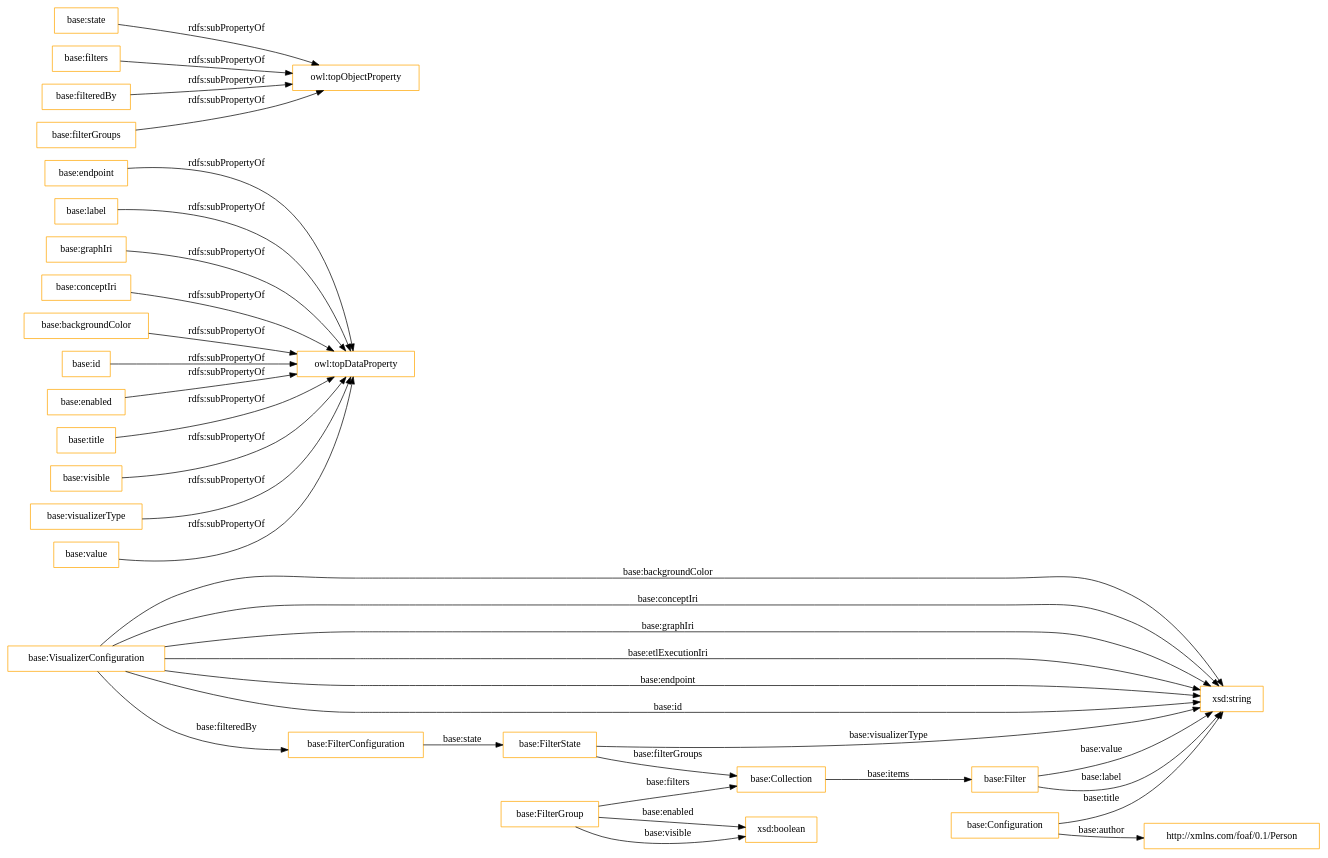
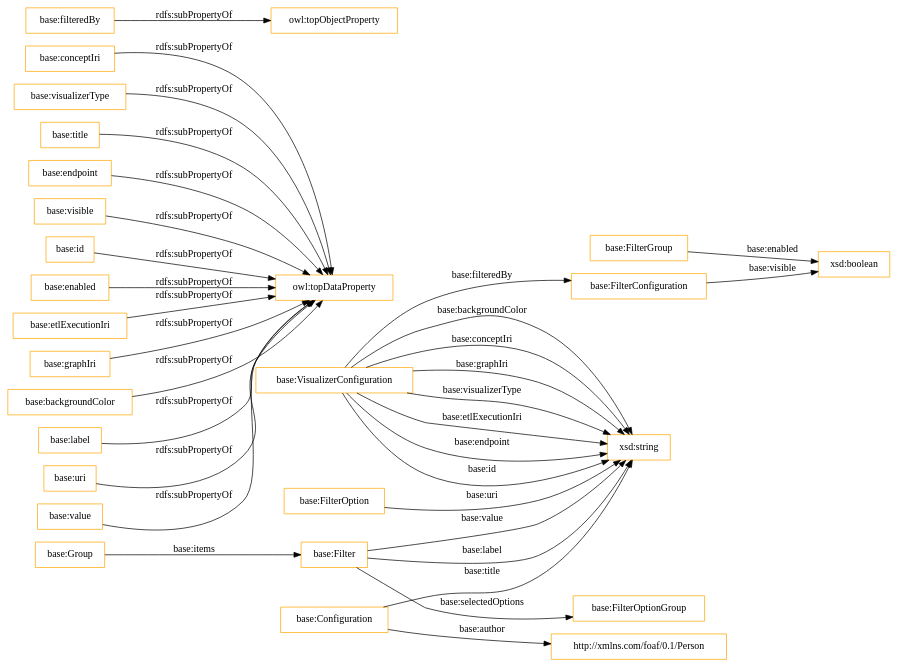
The diagram in OnToology/lpapps.owl/diagrams/ar2dtool-class/lpapps.owl.png.dot (OnToologyUser/linkedpipes_applications_ontology), drawn with Graphviz before and after one commit. The commit also changed 13 other files, not shown here.

```diff
--- a/OnToology/lpapps.owl/diagrams/ar2dtool-class/lpapps.owl.png.dot
+++ b/OnToology/lpapps.owl/diagrams/ar2dtool-class/lpapps.owl.png.dot
@@ -1,39 +1,37 @@
 digraph ar2dtool_diagram { 
 rankdir=LR;
 size="1501"
-node [shape = rectangle, color="orange"]; "base:VisualizerConfiguration" "base:FilterState" "base:FilterGroup" "base:FilterConfiguration" "base:Filter" "base:Configuration" "base:Collection" "http://xmlns.com/foaf/0.1/Person" ; /*classes style*/
+node [shape = rectangle, color="orange"]; "base:VisualizerConfiguration" "base:Group" "base:FilterOptionGroup" "base:FilterOption" "base:FilterGroup" "base:FilterConfiguration" "base:Filter" "base:Configuration" "http://xmlns.com/foaf/0.1/Person" ; /*classes style*/
+	"base:conceptIri" -> "owl:topDataProperty" [ label = "rdfs:subPropertyOf" ];
+	"base:visualizerType" -> "owl:topDataProperty" [ label = "rdfs:subPropertyOf" ];
+	"base:title" -> "owl:topDataProperty" [ label = "rdfs:subPropertyOf" ];
 	"base:endpoint" -> "owl:topDataProperty" [ label = "rdfs:subPropertyOf" ];
-	"base:state" -> "owl:topObjectProperty" [ label = "rdfs:subPropertyOf" ];
-	"base:label" -> "owl:topDataProperty" [ label = "rdfs:subPropertyOf" ];
-	"base:graphIri" -> "owl:topDataProperty" [ label = "rdfs:subPropertyOf" ];
-	"base:filters" -> "owl:topObjectProperty" [ label = "rdfs:subPropertyOf" ];
-	"base:conceptIri" -> "owl:topDataProperty" [ label = "rdfs:subPropertyOf" ];
 	"base:filteredBy" -> "owl:topObjectProperty" [ label = "rdfs:subPropertyOf" ];
-	"base:filterGroups" -> "owl:topObjectProperty" [ label = "rdfs:subPropertyOf" ];
-	"base:backgroundColor" -> "owl:topDataProperty" [ label = "rdfs:subPropertyOf" ];
+	"base:visible" -> "owl:topDataProperty" [ label = "rdfs:subPropertyOf" ];
 	"base:id" -> "owl:topDataProperty" [ label = "rdfs:subPropertyOf" ];
 	"base:enabled" -> "owl:topDataProperty" [ label = "rdfs:subPropertyOf" ];
-	"base:title" -> "owl:topDataProperty" [ label = "rdfs:subPropertyOf" ];
-	"base:visible" -> "owl:topDataProperty" [ label = "rdfs:subPropertyOf" ];
-	"base:visualizerType" -> "owl:topDataProperty" [ label = "rdfs:subPropertyOf" ];
+	"base:etlExecutionIri" -> "owl:topDataProperty" [ label = "rdfs:subPropertyOf" ];
+	"base:graphIri" -> "owl:topDataProperty" [ label = "rdfs:subPropertyOf" ];
+	"base:backgroundColor" -> "owl:topDataProperty" [ label = "rdfs:subPropertyOf" ];
+	"base:label" -> "owl:topDataProperty" [ label = "rdfs:subPropertyOf" ];
+	"base:uri" -> "owl:topDataProperty" [ label = "rdfs:subPropertyOf" ];
 	"base:value" -> "owl:topDataProperty" [ label = "rdfs:subPropertyOf" ];
-	"base:FilterConfiguration" -> "base:FilterState" [ label = "base:state" ];
 	"base:VisualizerConfiguration" -> "base:FilterConfiguration" [ label = "base:filteredBy" ];
+	"base:FilterOption" -> "xsd:string" [ label = "base:uri" ];
+	"base:Configuration" -> "xsd:string" [ label = "base:title" ];
 	"base:VisualizerConfiguration" -> "xsd:string" [ label = "base:backgroundColor" ];
-	"base:Configuration" -> "xsd:string" [ label = "base:title" ];
 	"base:Filter" -> "xsd:string" [ label = "base:value" ];
-	"base:Collection" -> "base:Filter" [ label = "base:items" ];
-	"base:FilterState" -> "base:Collection" [ label = "base:filterGroups" ];
+	"base:Group" -> "base:Filter" [ label = "base:items" ];
 	"base:VisualizerConfiguration" -> "xsd:string" [ label = "base:conceptIri" ];
 	"base:FilterGroup" -> "xsd:boolean" [ label = "base:enabled" ];
 	"base:VisualizerConfiguration" -> "xsd:string" [ label = "base:graphIri" ];
-	"base:FilterState" -> "xsd:string" [ label = "base:visualizerType" ];
+	"base:VisualizerConfiguration" -> "xsd:string" [ label = "base:visualizerType" ];
 	"base:VisualizerConfiguration" -> "xsd:string" [ label = "base:etlExecutionIri" ];
 	"base:Filter" -> "xsd:string" [ label = "base:label" ];
 	"base:VisualizerConfiguration" -> "xsd:string" [ label = "base:endpoint" ];
 	"base:VisualizerConfiguration" -> "xsd:string" [ label = "base:id" ];
-	"base:FilterGroup" -> "base:Collection" [ label = "base:filters" ];
+	"base:Filter" -> "base:FilterOptionGroup" [ label = "base:selectedOptions" ];
 	"base:Configuration" -> "http://xmlns.com/foaf/0.1/Person" [ label = "base:author" ];
-	"base:FilterGroup" -> "xsd:boolean" [ label = "base:visible" ];
+	"base:FilterConfiguration" -> "xsd:boolean" [ label = "base:visible" ];
 
 }
```
